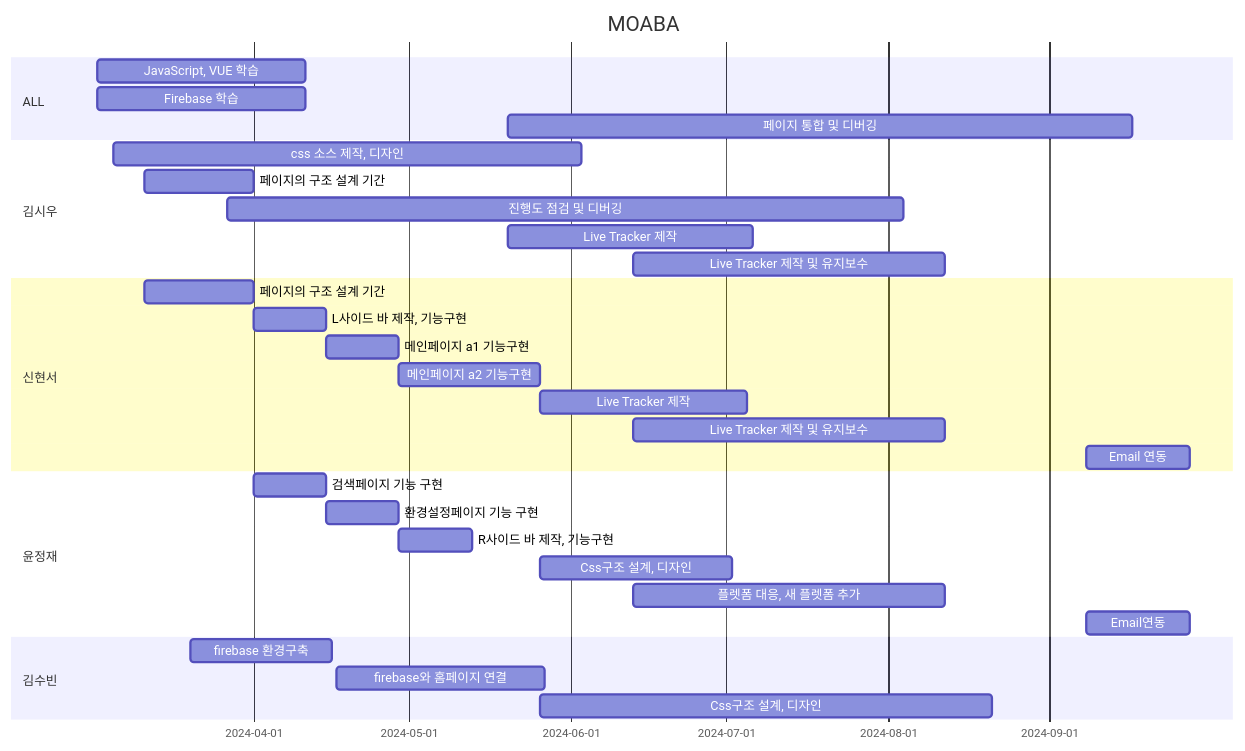
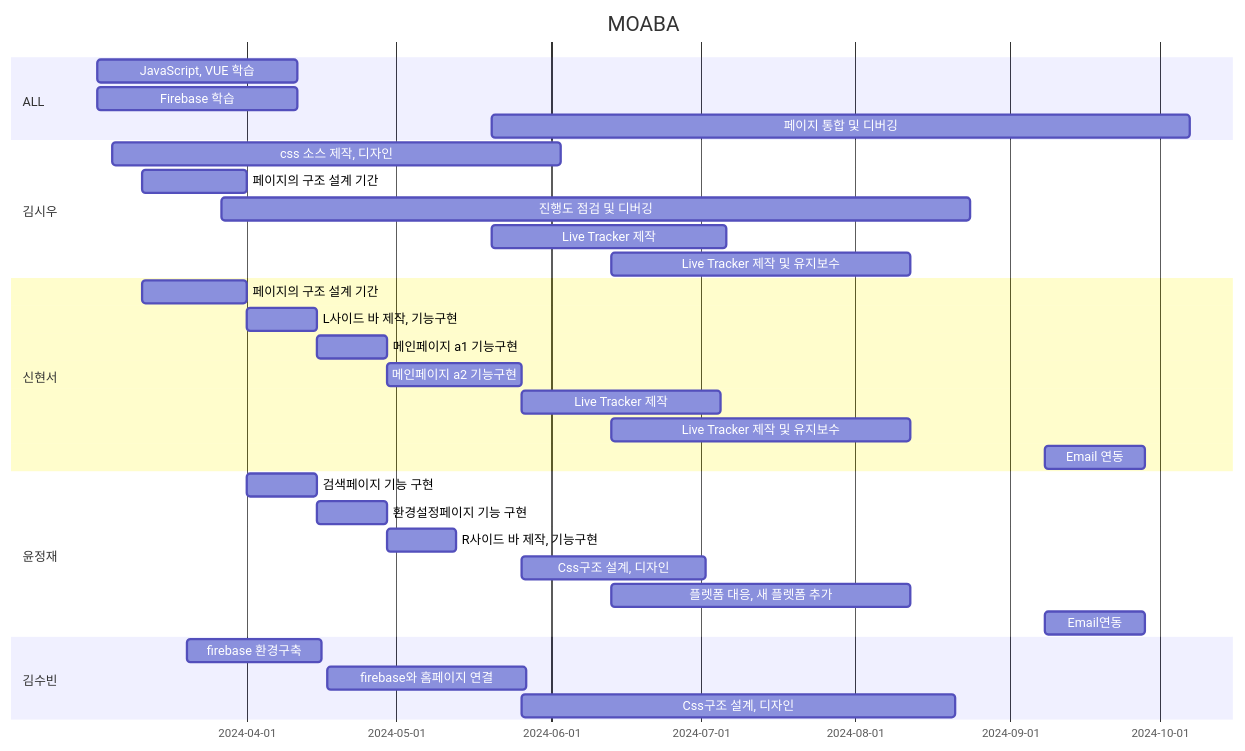
The diagram in README.md (kimsiwoo12/kimsiwoo12), drawn with Mermaid before and after one commit.

````diff
--- a/README.md
+++ b/README.md
@@ -8,39 +8,39 @@
 ```mermaid
 gantt
     title MOABA
     dateFormat  YYYY-MM-DD
 
     section ALL
     JavaScript, VUE 학습     :a1, 2024-03-02, 40d
     Firebase 학습            :a2, 2024-03-02, 40d
-    페이지 통합 및 디버깅    :a3, 2024-05-20, 120d
+    페이지 통합 및 디버깅    :a3, 2024-05-20, 140d
 
     section 김시우
     css 소스 제작, 디자인    :a1, 2024-03-05, 90d
     페이지의 구조 설계 기간  :a2, 2024-03-11, 21d
-    진행도 점검 및 디버깅    :a3, 2024-03-27, 130d
+    진행도 점검 및 디버깅    :a3, 2024-03-27, 150d
     Live Tracker 제작        :a4, 2024-05-20, 47d
     Live Tracker 제작 및 유지보수 :a5, 2024-06-13, 60d
 
     section 신현서
     페이지의 구조 설계 기간     :a1, 2024-03-11, 21d
     L사이드 바 제작, 기능구현   :a2, 2024-04-01, 14d
     메인페이지 a1 기능구현      :a3, 2024-04-15, 14d
     메인페이지 a2 기능구현      :a4, 2024-04-29, 27d
     Live Tracker 제작           :a5, 2024-05-26, 40d
     Live Tracker 제작 및 유지보수 :a6, 2024-06-13, 60d
     Email 연동                  :a7, 2024-09-08, 20d
 
     section 윤정재
     검색페이지 기능 구현          :a1, 2024-04-01, 14d
     환경설정페이지 기능 구현      :a2, 2024-04-15, 14d
     R사이드 바 제작, 기능구현     :a3, 2024-04-29, 14d
     Css구조 설계, 디자인          :a4, 2024-05-26, 37d
     플렛폼 대응, 새 플렛폼 추가    :a5, 2024-06-13, 60d
     Email연동                    :a6, 2024-09-08, 20d
 
     section 김수빈
     firebase 환경구축        :a1, 2024-03-20, 27d
     firebase와 홈페이지 연결 :a2, 2024-04-17, 40d
     Css구조 설계, 디자인     :a3, 2024-05-26, 87d
 ```
````
